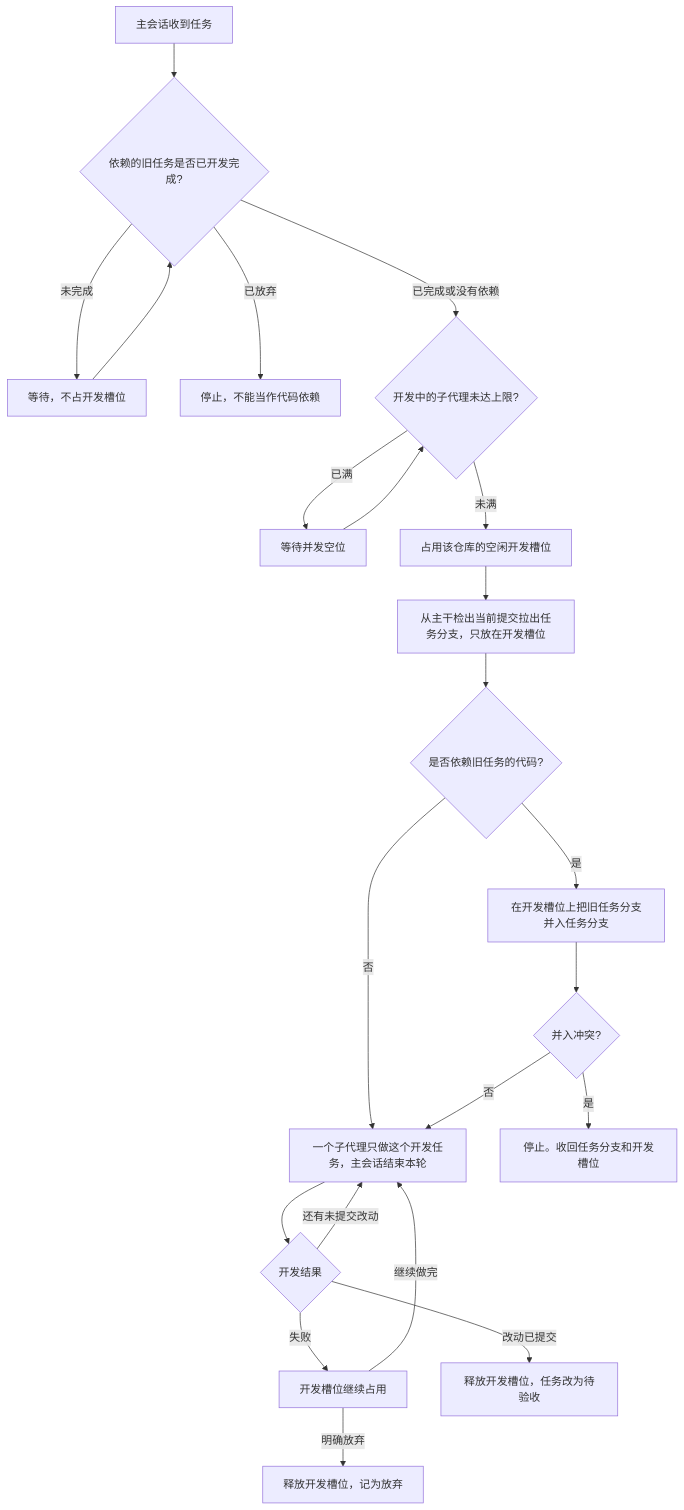
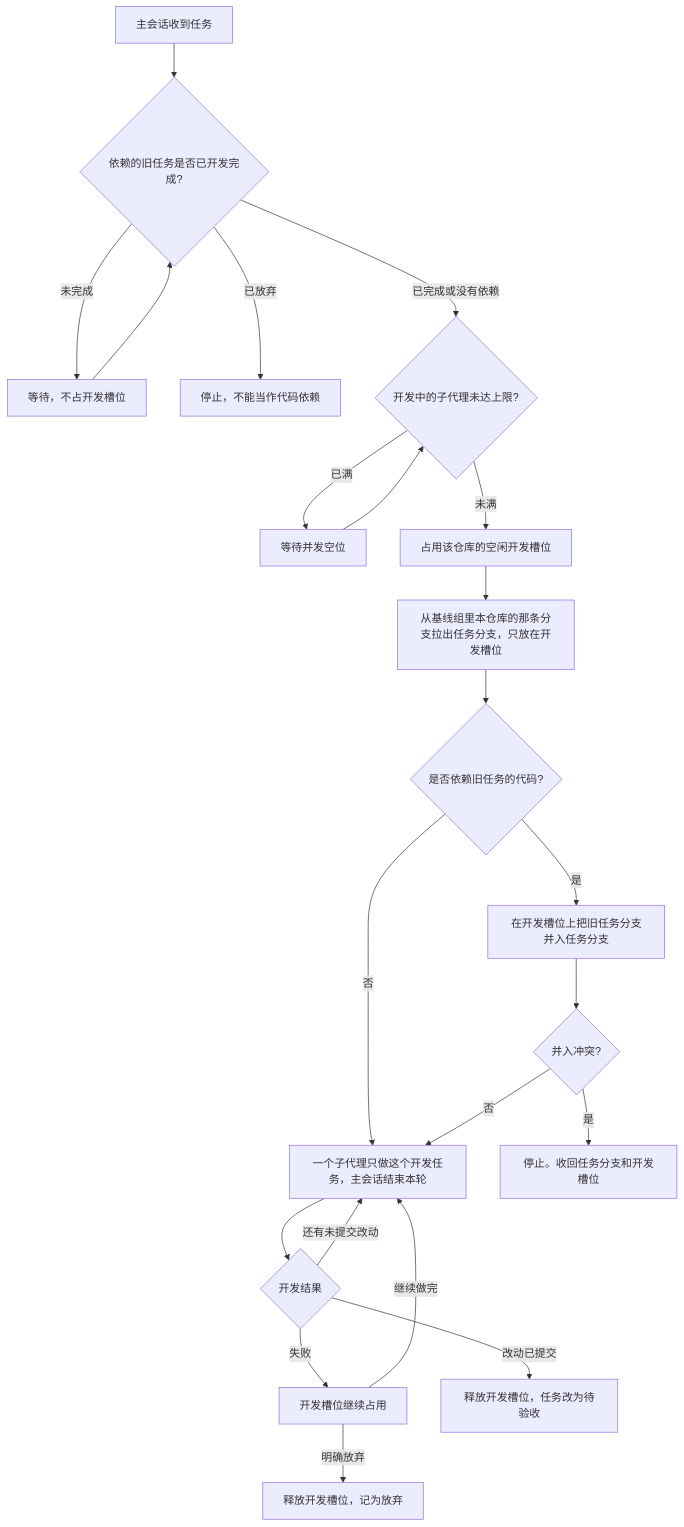
The second of 3 diagrams in 需求.md (JJblau2021/dsh-dev-flow), drawn with Mermaid before and after one commit. The commit also changed other lines of this file and 26 other files, not shown here.

````diff
--- a/需求.md
+++ b/需求.md
@@ -93,24 +95,24 @@
 ```mermaid
 flowchart TD
   start["主会话收到任务"] --> deps{"依赖的旧任务是否已开发完成?"}
   deps -->|"未完成"| waitDep["等待，不占开发槽位"]
   waitDep --> deps
   deps -->|"已放弃"| blocked["停止，不能当作代码依赖"]
   deps -->|"已完成或没有依赖"| cap{"开发中的子代理未达上限?"}
   cap -->|"已满"| waitCap["等待并发空位"]
   waitCap --> cap
   cap -->|"未满"| take["占用该仓库的空闲开发槽位"]
-  take --> cut["从主干检出当前提交拉出任务分支，只放在开发槽位"]
+  take --> cut["从基线组里本仓库的那条分支拉出任务分支，只放在开发槽位"]
   cut --> need{"是否依赖旧任务的代码?"}
   need -->|"是"| mergeOld["在开发槽位上把旧任务分支并入任务分支"]
   need -->|"否"| run["一个子代理只做这个开发任务，主会话结束本轮"]
   mergeOld --> bad{"并入冲突?"}
   bad -->|"是"| undo["停止。收回任务分支和开发槽位"]
   bad -->|"否"| run
   run --> result{"开发结果"}
   result -->|"还有未提交改动"| run
   result -->|"失败"| hold["开发槽位继续占用"]
   hold -->|"继续做完"| run
   hold -->|"明确放弃"| giveup["释放开发槽位，记为放弃"]
   result -->|"改动已提交"| done["释放开发槽位，任务改为待验收"]
 ```
````
